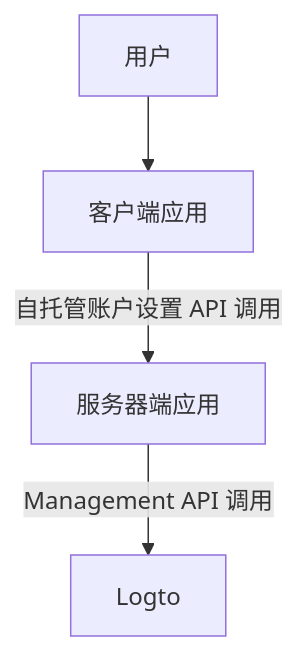
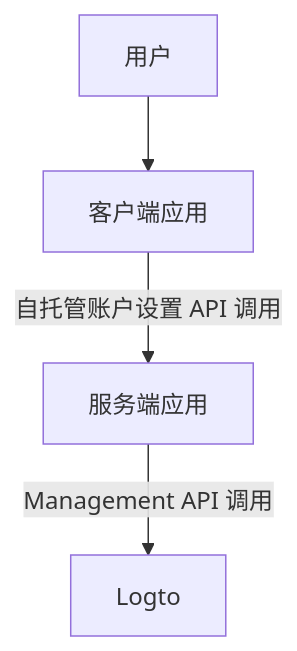
Before and after one commit to logto-io/docs: the first of 3 diagrams in i18n/zh-CN/docusaurus-plugin-content-docs/current/end-user-flows/account-settings/by-management-api.mdx, drawn with Mermaid. The commit also changed other lines of this file and 162 other files, not shown here.

````diff
--- a/i18n/zh-CN/docusaurus-plugin-content-docs/current/end-user-flows/account-settings/by-management-api.mdx
+++ b/i18n/zh-CN/docusaurus-plugin-content-docs/current/end-user-flows/account-settings/by-management-api.mdx
@@ -13,6 +13,6 @@
 ```mermaid
   graph TB
     A[用户] --> B[客户端应用]
-    B -->|自托管账户设置 API 调用|C[服务器端应用]
+    B -->|自托管账户设置 API 调用|C[服务端应用]
     C -->|Management API 调用| D[Logto]
 ```
````
